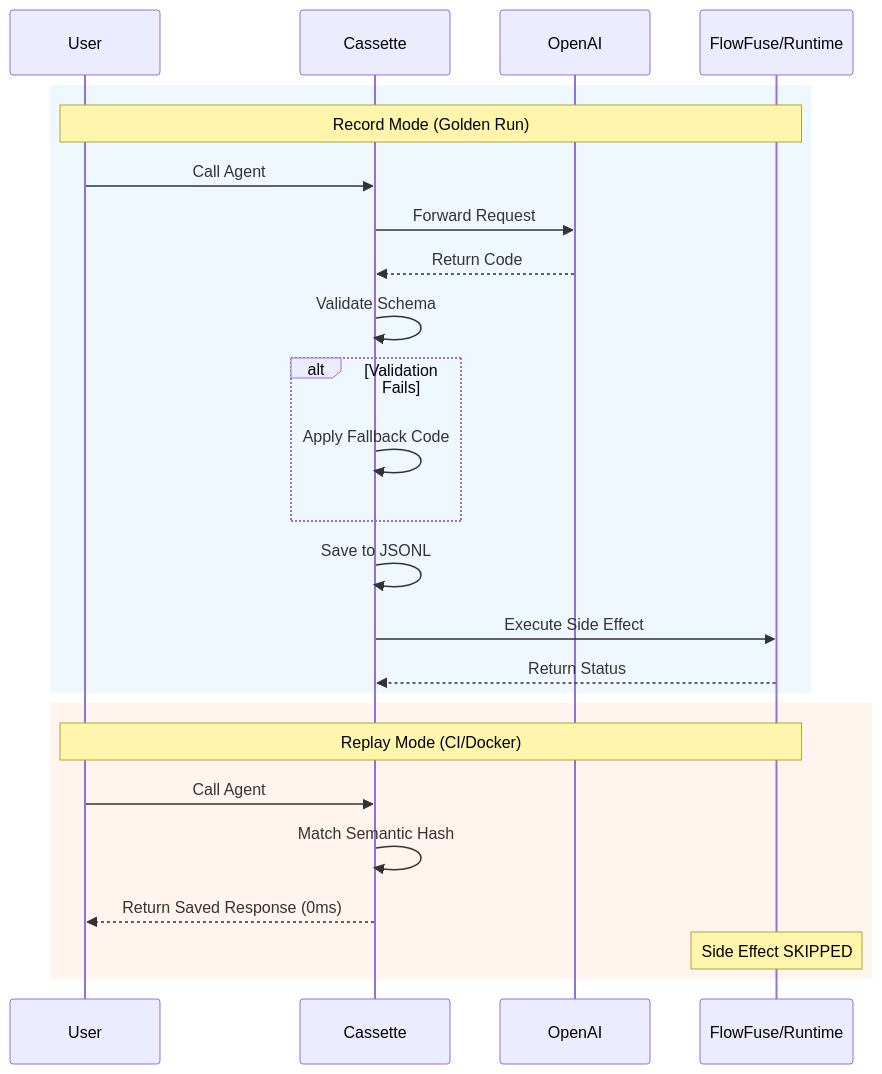
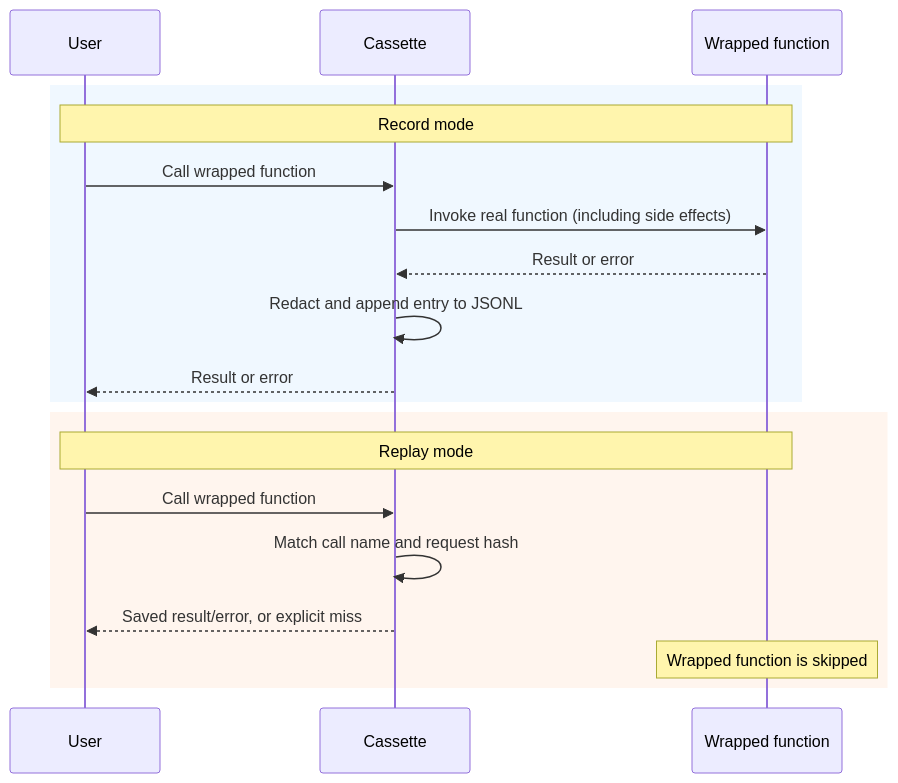
One commit to yuan-cloud/agent-cassette changed the diagram in README.md. Above: the diagram before and after it, drawn with Mermaid. The commit also changed other lines of this file and 2 other files, not shown here.

````diff
--- a/README.md
+++ b/README.md
@@ -40,29 +40,23 @@
 ```mermaid
 sequenceDiagram
     participant User
     participant Cassette
-    participant OpenAI
-    participant Runtime as FlowFuse/Runtime
+    participant Function as Wrapped function
 
     rect rgb(240, 248, 255)
-        Note over User,Runtime: Record Mode (Golden Run)
-        User->>Cassette: Call Agent
-        Cassette->>OpenAI: Forward Request
-        OpenAI-->>Cassette: Return Code
-        Cassette->>Cassette: Validate Schema
-        alt Validation Fails
-            Cassette->>Cassette: Apply Fallback Code
-        end
-        Cassette->>Cassette: Save to JSONL
-        Cassette->>Runtime: Execute Side Effect
-        Runtime-->>Cassette: Return Status
+        Note over User,Function: Record mode
+        User->>Cassette: Call wrapped function
+        Cassette->>Function: Invoke real function (including side effects)
+        Function-->>Cassette: Result or error
+        Cassette->>Cassette: Redact and append entry to JSONL
+        Cassette-->>User: Result or error
     end
 
     rect rgb(255, 245, 238)
-        Note over User,Runtime: Replay Mode (CI/Docker)
-        User->>Cassette: Call Agent
-        Cassette->>Cassette: Match Semantic Hash
-        Cassette-->>User: Return Saved Response (0ms)
-        Note over Runtime: Side Effect SKIPPED
+        Note over User,Function: Replay mode
+        User->>Cassette: Call wrapped function
+        Cassette->>Cassette: Match call name and request hash
+        Cassette-->>User: Saved result/error, or explicit miss
+        Note over Function: Wrapped function is skipped
     end
 ```
````
